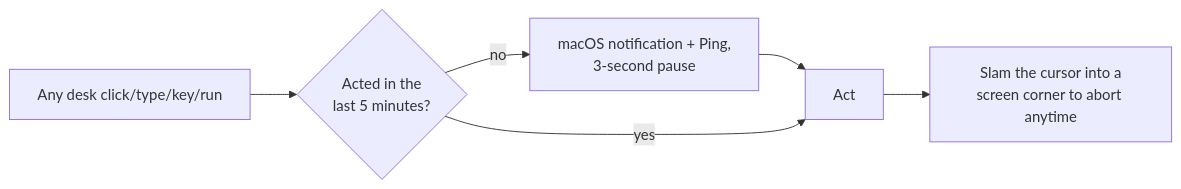
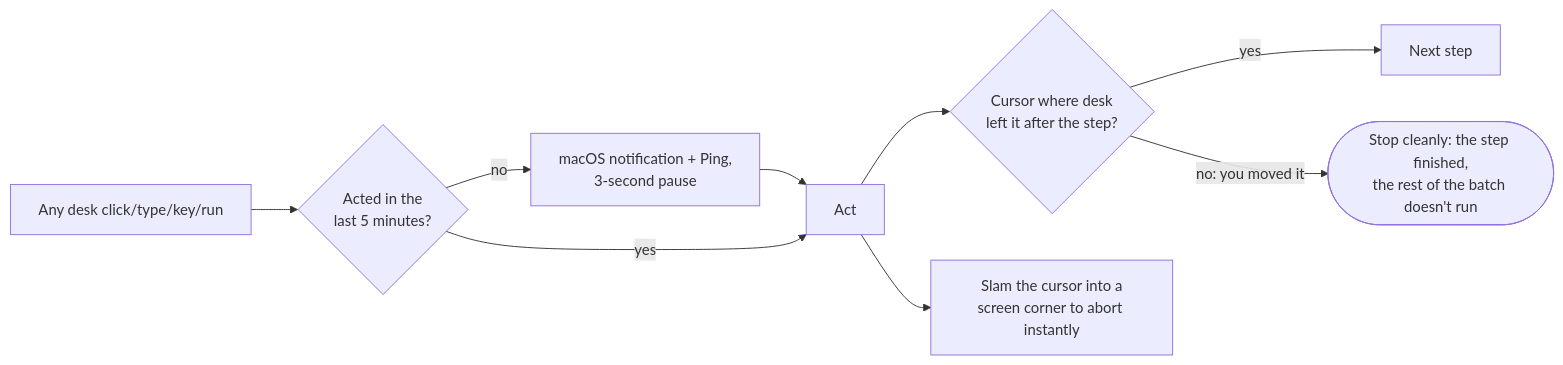
Before and after one commit to zacfink/screen-intelligence: the fourth of 4 diagrams in docs/desk.md, drawn with Mermaid. The commit also changed other lines of this file and 2 other files, not shown here.

Commit message:
desk: moving the mouse yourself ends a batch after the current step

````diff
--- a/docs/desk.md
+++ b/docs/desk.md
@@ -73,7 +73,10 @@
 ```mermaid
 flowchart LR
   call[Any desk click/type/key/run] --> idle{Acted in the<br/>last 5 minutes?}
   idle -- no --> warn[macOS notification + Ping,<br/>3-second pause] --> act[Act]
   idle -- yes --> act
-  act --> abort[Slam the cursor into a<br/>screen corner to abort anytime]
+  act --> moved{Cursor where desk<br/>left it after the step?}
+  moved -- yes --> nextstep[Next step]
+  moved -- "no: you moved it" --> yours([Stop cleanly: the step finished,<br/>the rest of the batch doesn't run])
+  act --> abort[Slam the cursor into a<br/>screen corner to abort instantly]
 ```
````
